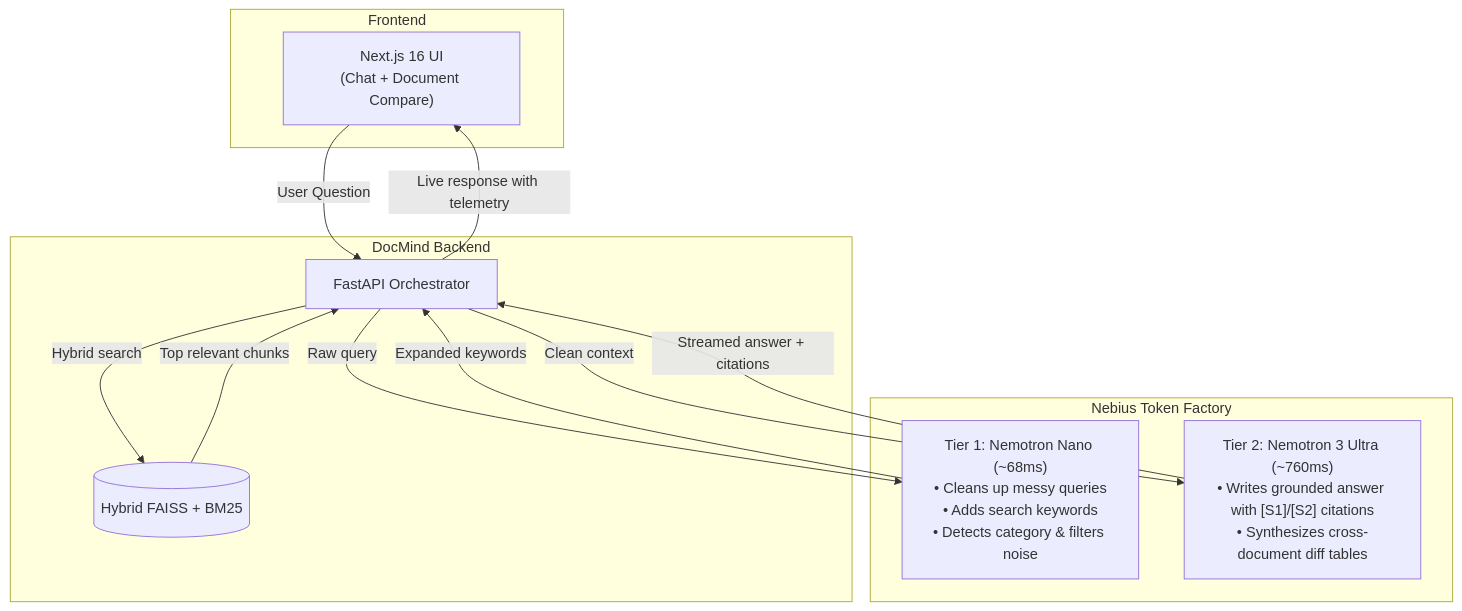
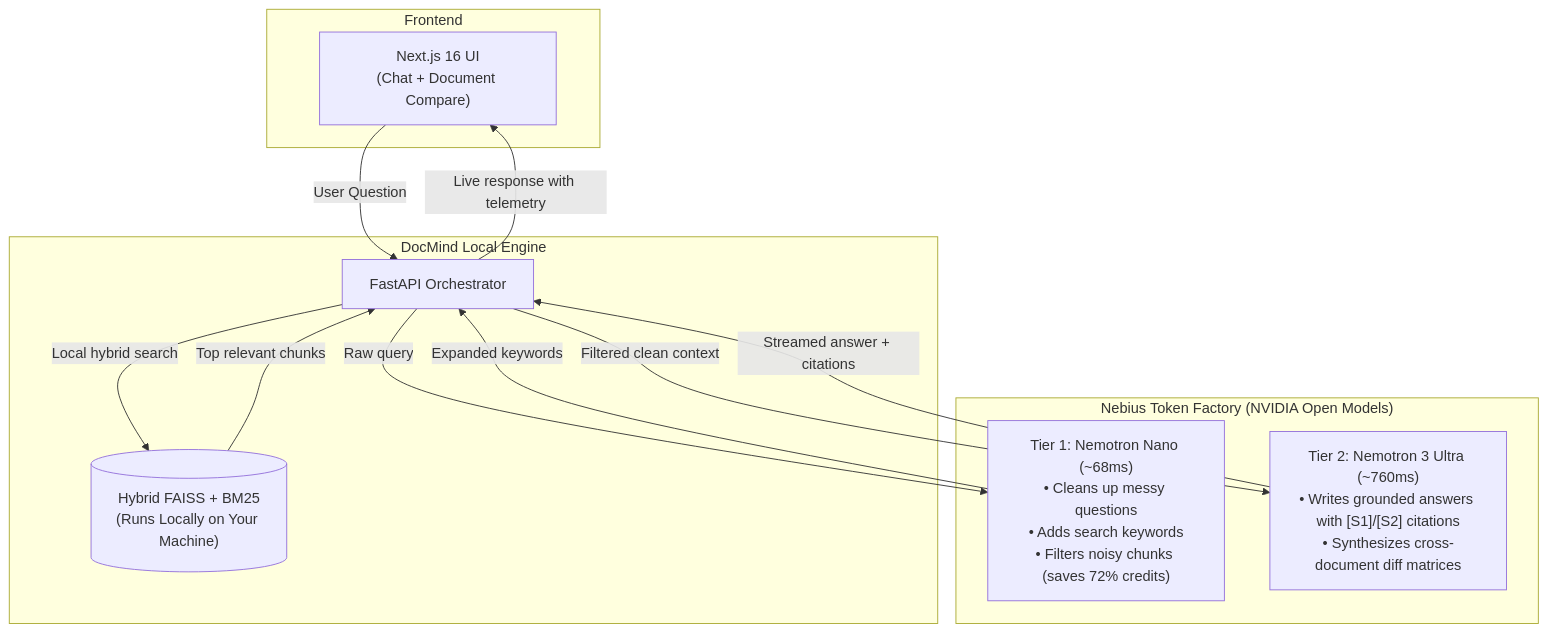
The diagram in NEBIUS_NVIDIA_README.md (youcefamar/docMind), drawn with Mermaid before and after one commit. The commit also changed other lines of this file and 3 other files, not shown here.

````diff
--- a/NEBIUS_NVIDIA_README.md
+++ b/NEBIUS_NVIDIA_README.md
@@ -23,25 +33,25 @@
 ```mermaid
 flowchart TD
     subgraph Client ["Frontend"]
         UI["Next.js 16 UI\n(Chat + Document Compare)"]
     end
 
-    subgraph Backend ["DocMind Backend"]
+    subgraph Backend ["DocMind Local Engine"]
         API["FastAPI Orchestrator"]
-        Search[("Hybrid FAISS + BM25")]
+        Search[("Hybrid FAISS + BM25\n(Runs Locally on Your Machine)")]
     end
 
-    subgraph Nebius ["Nebius Token Factory"]
-        Router["Tier 1: Nemotron Nano (~68ms)\n• Cleans up messy queries\n• Adds search keywords\n• Detects category & filters noise"]
-        Reasoning["Tier 2: Nemotron 3 Ultra (~760ms)\n• Writes grounded answer with [S1]/[S2] citations\n• Synthesizes cross-document diff tables"]
+    subgraph Nebius ["Nebius Token Factory (NVIDIA Open Models)"]
+        Router["Tier 1: Nemotron Nano (~68ms)\n• Cleans up messy questions\n• Adds search keywords\n• Filters noisy chunks (saves 72% credits)"]
+        Reasoning["Tier 2: Nemotron 3 Ultra (~760ms)\n• Writes grounded answers with [S1]/[S2] citations\n• Synthesizes cross-document diff matrices"]
     end
 
     UI -->|"User Question"| API
     API -->|"Raw query"| Router
     Router -->|"Expanded keywords"| API
-    API -->|"Hybrid search"| Search
+    API -->|"Local hybrid search"| Search
     Search -->|"Top relevant chunks"| API
-    API -->|"Clean context"| Reasoning
+    API -->|"Filtered clean context"| Reasoning
     Reasoning -->|"Streamed answer + citations"| API
     API -->|"Live response with telemetry"| UI
 ```
````
